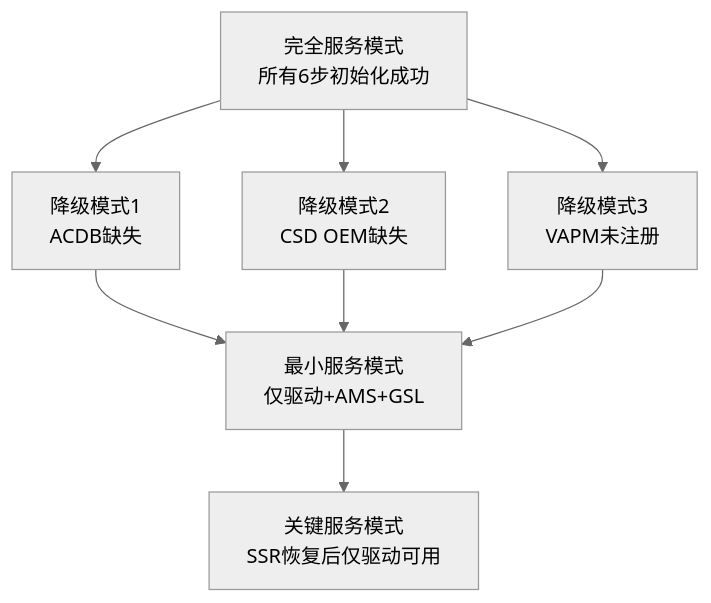
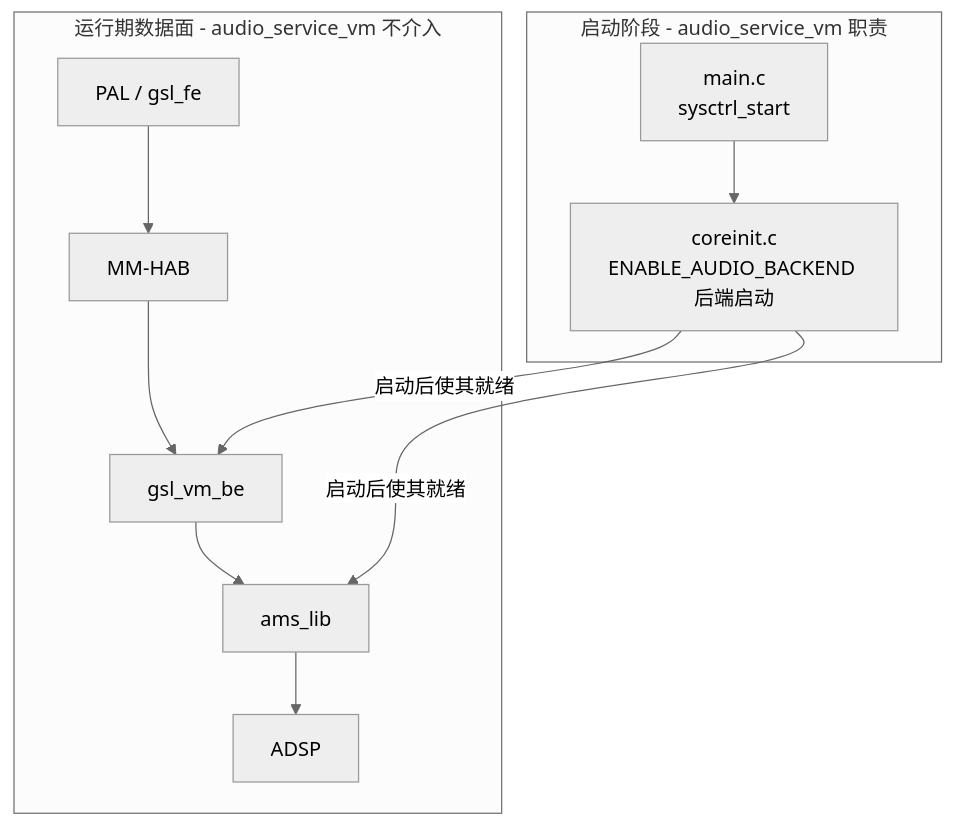
One commit to yanglinzhen1022/SA8295_AAOS_QNX_Audio_KnowledgeBase changed the tenth of 11 diagrams in 16_Vendor_QNX_Architecture/16_16.17_QNX_audio_service_vm_VM音频服务.md. Above: the diagram before and after it, drawn with Mermaid (neutral theme). The commit also changed other lines of this file and 48 other files, not shown here.

````diff
--- a/16_Vendor_QNX_Architecture/16_16.17_QNX_audio_service_vm_VM音频服务.md
+++ b/16_Vendor_QNX_Architecture/16_16.17_QNX_audio_service_vm_VM音频服务.md
@@ -1259,10 +779,20 @@
 ```mermaid
 graph TB
-    Full[完全服务模式<br/>所有6步初始化成功] --> Degraded1[降级模式1<br/>ACDB缺失]
-    Full --> Degraded2[降级模式2<br/>CSD OEM缺失]
-    Full --> Degraded3[降级模式3<br/>VAPM未注册]
-    Degraded1 --> Minimal[最小服务模式<br/>仅驱动+AMS+GSL]
-    Degraded2 --> Minimal
-    Degraded3 --> Minimal
-    Minimal --> Critical[关键服务模式<br/>SSR恢复后仅驱动可用]
+    subgraph Startup[启动阶段 - audio_service_vm 职责]
+        Main[main.c<br/>sysctrl_start]
+        Backend[coreinit.c<br/>ENABLE_AUDIO_BACKEND 后端启动]
+        Main --> Backend
+    end
+
+    subgraph DataPath[运行期数据面 - audio_service_vm 不介入]
+        PAL[PAL / gsl_fe]
+        HAB[MM-HAB]
+        GSLBE[gsl_vm_be]
+        AMS[ams_lib]
+        ADSP[ADSP]
+        PAL --> HAB --> GSLBE --> AMS --> ADSP
+    end
+
+    Backend -->|启动后使其就绪| GSLBE
+    Backend -->|启动后使其就绪| AMS
 ```
````
